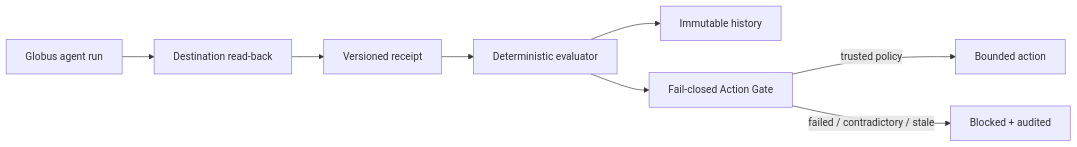
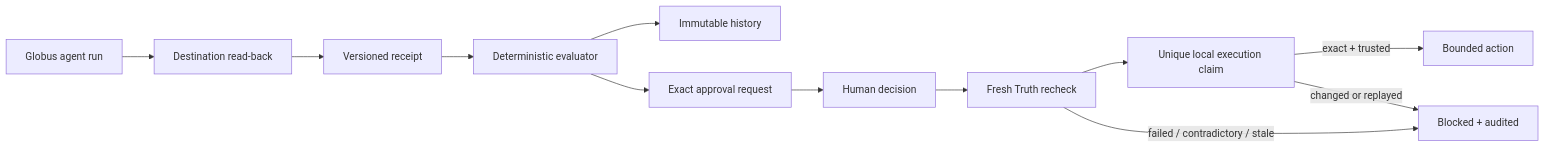
Before and after one commit to Build-With-Sumit/globus: the diagram in README.md, drawn with Mermaid. The commit also changed other lines of this file and 39 other files, not shown here.

Commit message:
feat: add Consequence Firewall and Approval Center

````diff
--- a/README.md
+++ b/README.md
@@ -108,10 +138,14 @@
 ```mermaid
 flowchart LR
     A[Globus agent run] --> B[Destination read-back]
     B --> C[Versioned receipt]
     C --> D[Deterministic evaluator]
     D --> E[Immutable history]
-    D --> F[Fail-closed Action Gate]
-    F -->|trusted policy| G[Bounded action]
-    F -->|failed / contradictory / stale| H[Blocked + audited]
+    D --> F[Exact approval request]
+    F --> G[Human decision]
+    G --> H[Fresh Truth recheck]
+    H --> I[Unique local execution claim]
+    I -->|exact + trusted| J[Bounded action]
+    H -->|failed / contradictory / stale| K[Blocked + audited]
+    I -->|changed or replayed| K
 ```
````
